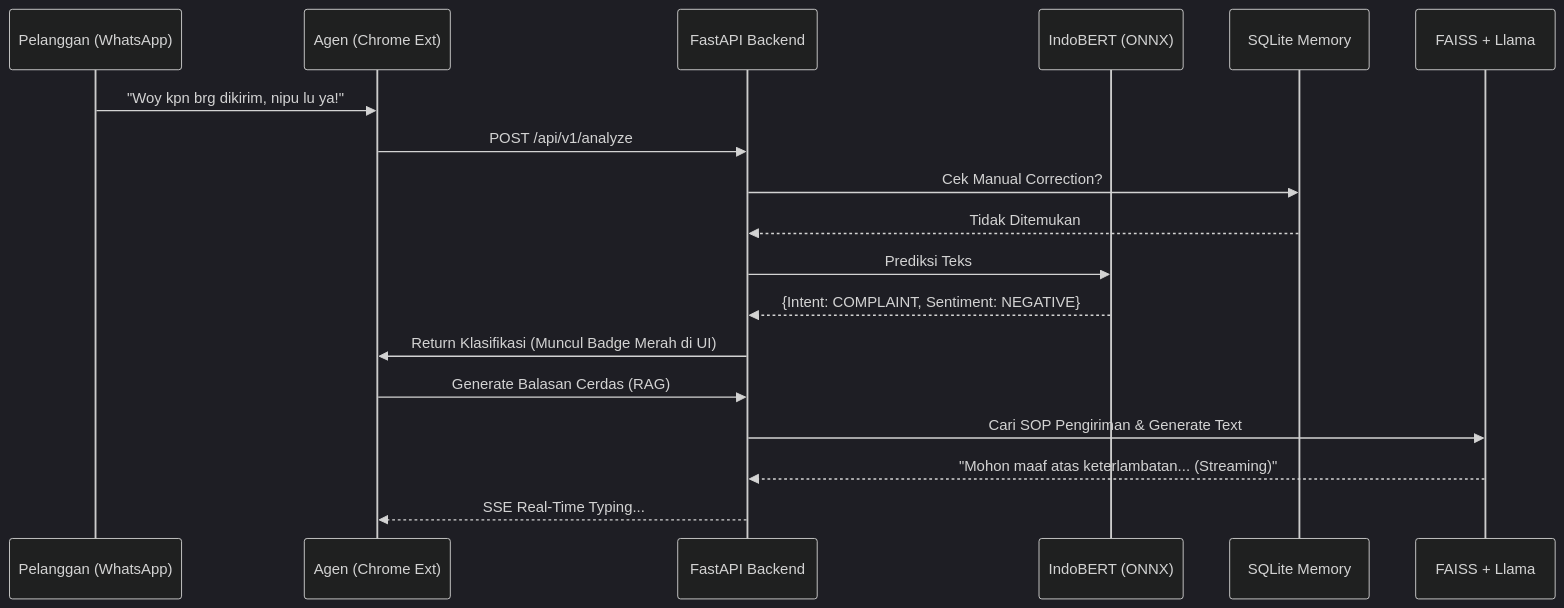
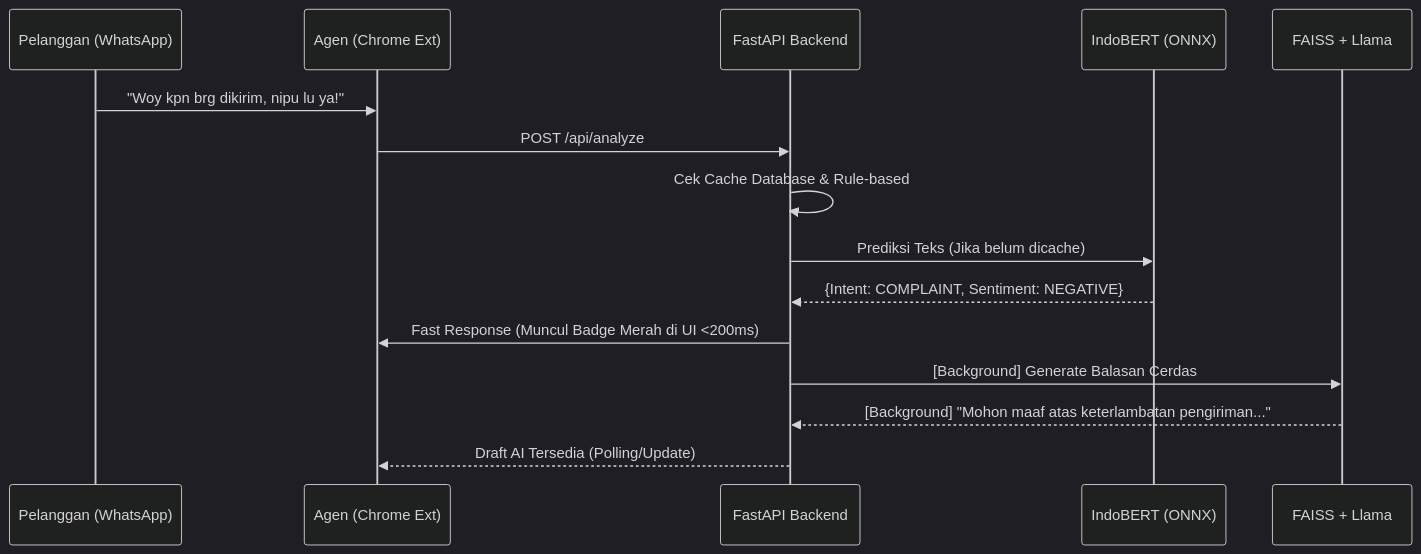
The second of 2 diagrams in README.md (Fawwzrf/emotext-crm), drawn with Mermaid (dark theme) before and after one commit. The commit also changed other lines of this file and 20 other files, not shown here.

````diff
--- a/README.md
+++ b/README.md
@@ -74,25 +76,22 @@
 ```mermaid
 sequenceDiagram
     participant User as Pelanggan (WhatsApp)
     participant CS as Agen (Chrome Ext)
     participant API as FastAPI Backend
     participant NLP as IndoBERT (ONNX)
-    participant DB as SQLite Memory
     participant RAG as FAISS + Llama
 
     User->>CS: "Woy kpn brg dikirim, nipu lu ya!"
-    CS->>API: POST /api/v1/analyze
+    CS->>API: POST /api/analyze
     
-    API->>DB: Cek Manual Correction?
-    DB-->>API: Tidak Ditemukan
+    API->>API: Cek Cache Database & Rule-based
     
-    API->>NLP: Prediksi Teks
+    API->>NLP: Prediksi Teks (Jika belum dicache)
     NLP-->>API: {Intent: COMPLAINT, Sentiment: NEGATIVE}
     
-    API->>CS: Return Klasifikasi (Muncul Badge Merah di UI)
+    API->>CS: Fast Response (Muncul Badge Merah di UI <200ms)
     
-    CS->>API: Generate Balasan Cerdas (RAG)
-    API->>RAG: Cari SOP Pengiriman & Generate Text
-    RAG-->>API: "Mohon maaf atas keterlambatan... (Streaming)"
-    API-->>CS: SSE Real-Time Typing...
+    API->>RAG: [Background] Generate Balasan Cerdas
+    RAG-->>API: [Background] "Mohon maaf atas keterlambatan pengiriman..."
+    API-->>CS: Draft AI Tersedia (Polling/Update)
 ```
````
